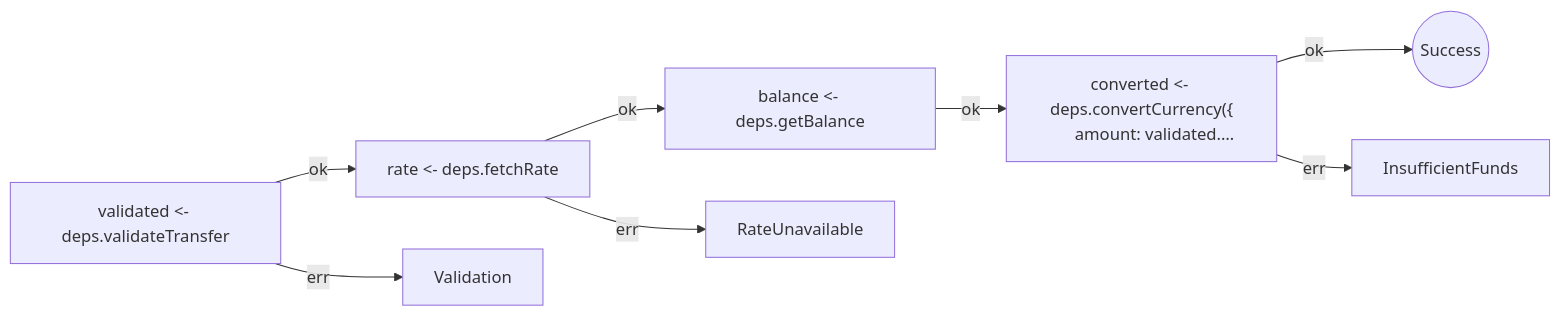
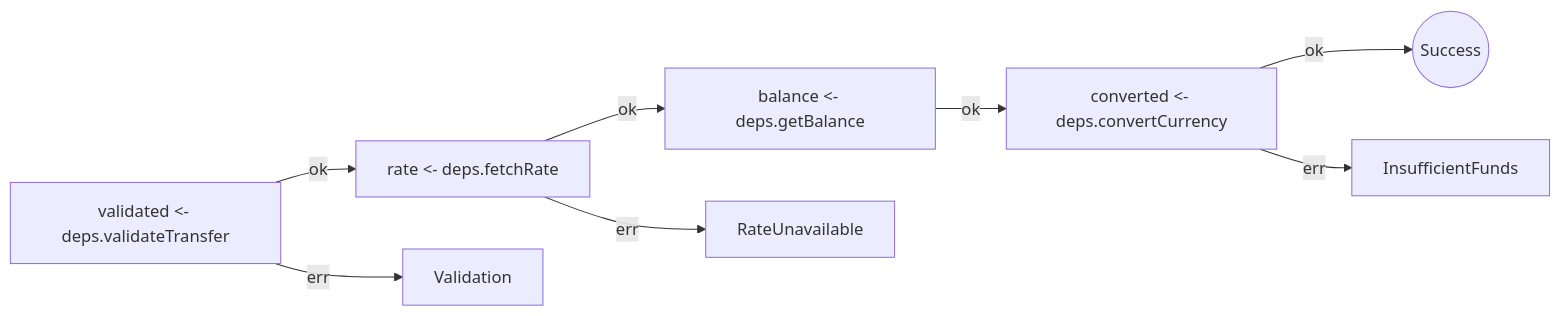
The diagram in apps/docs/samples/observability-transfer/evolution/raw/step-3-railway.mmd (jagreehal/effect-analyzer), drawn with Mermaid before and after one commit. The commit also changed 95 other files, not shown here.

```diff
--- a/apps/docs/samples/observability-transfer/evolution/raw/step-3-railway.mmd
+++ b/apps/docs/samples/observability-transfer/evolution/raw/step-3-railway.mmd
@@ -1,9 +1,8 @@
 flowchart LR
   A["validated #lt;- deps.validateTransfer"] -->|ok| B["rate #lt;- deps.fetchRate"]
   B -->|ok| C["balance #lt;- deps.getBalance"]
-  C -->|ok| D["converted #lt;- deps.convertCurrency#lpar;{
-      amount: validated.…"]
+  C -->|ok| D["converted #lt;- deps.convertCurrency"]
   D -->|ok| Done((Success))
   A -->|err| AE["Validation"]
   B -->|err| BE["RateUnavailable"]
   D -->|err| DE["InsufficientFunds"]
```
